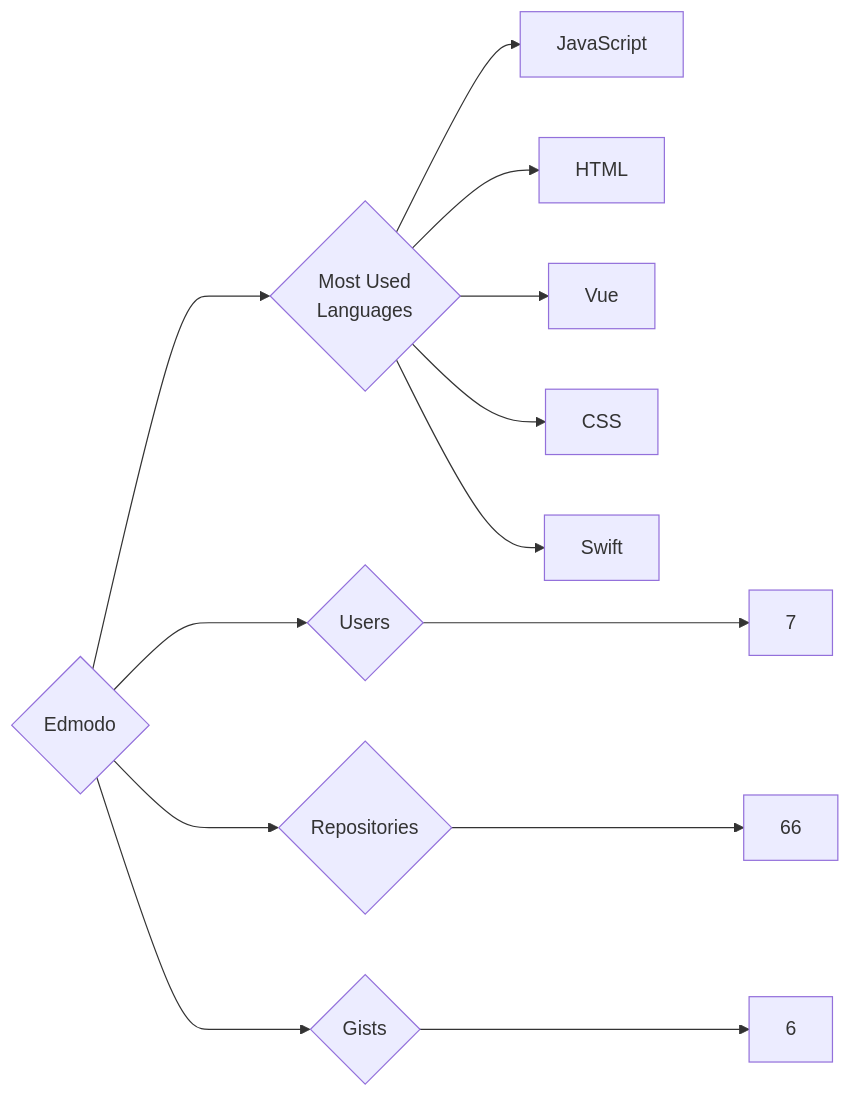
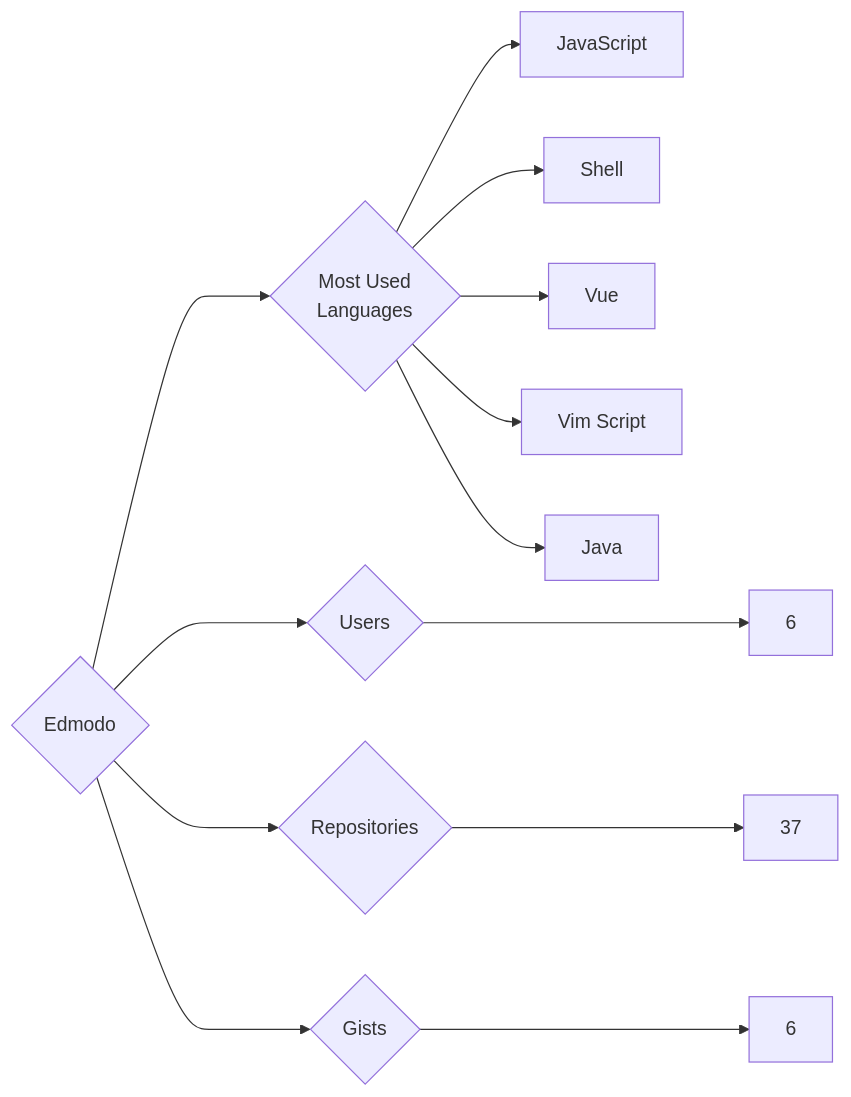
Before and after one commit to trickest/insiders: the diagram in targets/Edmodo/README.md, drawn with Mermaid. The commit also changed 1166 other files, not shown here.

````diff
--- a/targets/Edmodo/README.md
+++ b/targets/Edmodo/README.md
@@ -3,13 +3,13 @@
 ```mermaid
 graph LR
 COMPANY_NAME{Edmodo}
-COMPANY_NAME ---> U{Users} ---> UN[7]
-COMPANY_NAME ---> R{Repositories} ---> RN[66]
+COMPANY_NAME ---> U{Users} ---> UN[6]
+COMPANY_NAME ---> R{Repositories} ---> RN[37]
 COMPANY_NAME ---> G{Gists} ---> GN[6]
 COMPANY_NAME ---> ML{Most Used<br>Languages}
 ML --> JavaScript[JavaScript]
-ML --> HTML[HTML]
+ML --> Shell[Shell]
 ML --> Vue[Vue]
-ML --> CSS[CSS]
-ML --> Swift[Swift]
+ML --> Vim_Script[Vim Script]
+ML --> Java[Java]
 ```
````
